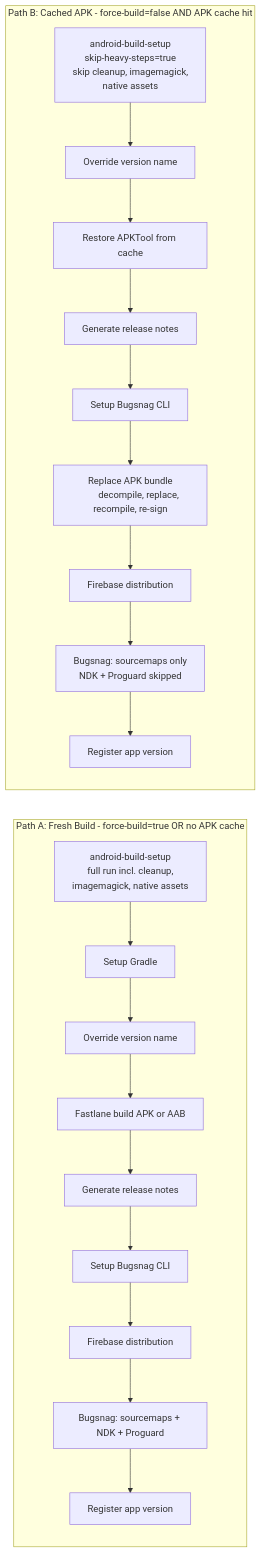
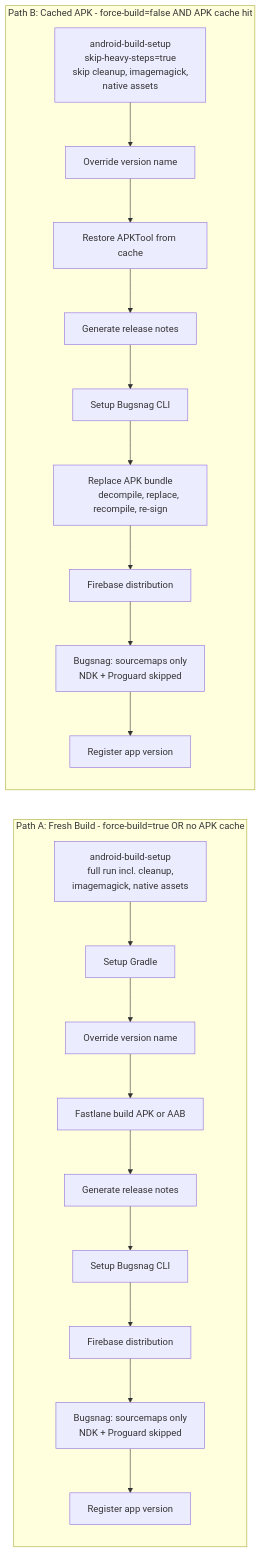
One commit to AtB-AS/mittatb-app changed the fifth of 6 diagrams in docs/android-build-staging-graph.md. Above: the diagram before and after it, drawn with Mermaid. The commit also changed other lines of this file and 1 other file, not shown here.

Commit message:
skip ndk and proguard upload on staging

````diff
--- a/docs/android-build-staging-graph.md
+++ b/docs/android-build-staging-graph.md
@@ -283,33 +276,34 @@
 ```mermaid
 flowchart LR
     subgraph fresh ["Path A: Fresh Build - force-build=true OR no APK cache"]
         direction TB
         f1["android-build-setup
         full run incl. cleanup,
         imagemagick, native assets"] --> f2["Setup Gradle"]
         f2 --> f3["Override version name"]
         f3 --> f4["Fastlane build APK or AAB"]
         f4 --> f5["Generate release notes"]
         f5 --> f6["Setup Bugsnag CLI"]
         f6 --> f7["Firebase distribution"]
-        f7 --> f8["Bugsnag: sourcemaps + NDK + Proguard"]
+        f7 --> f8["Bugsnag: sourcemaps only
+        NDK + Proguard skipped"]
         f8 --> f9["Register app version"]
     end
 
     subgraph cached ["Path B: Cached APK - force-build=false AND APK cache hit"]
         direction TB
         c1["android-build-setup
         skip-heavy-steps=true
         skip cleanup, imagemagick,
         native assets"] --> c2["Override version name"]
         c2 --> c3["Restore APKTool from cache"]
         c3 --> c4["Generate release notes"]
         c4 --> c5["Setup Bugsnag CLI"]
         c5 --> c6["Replace APK bundle
         decompile, replace, recompile, re-sign"]
         c6 --> c7["Firebase distribution"]
         c7 --> c8["Bugsnag: sourcemaps only
         NDK + Proguard skipped"]
         c8 --> c9["Register app version"]
     end
 ```
````
